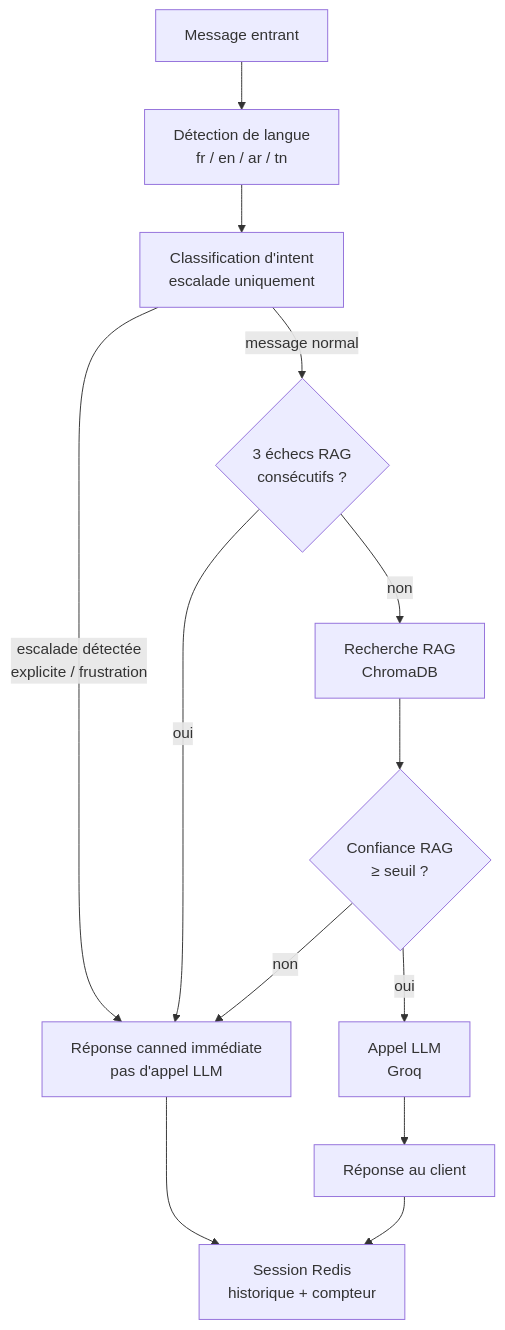
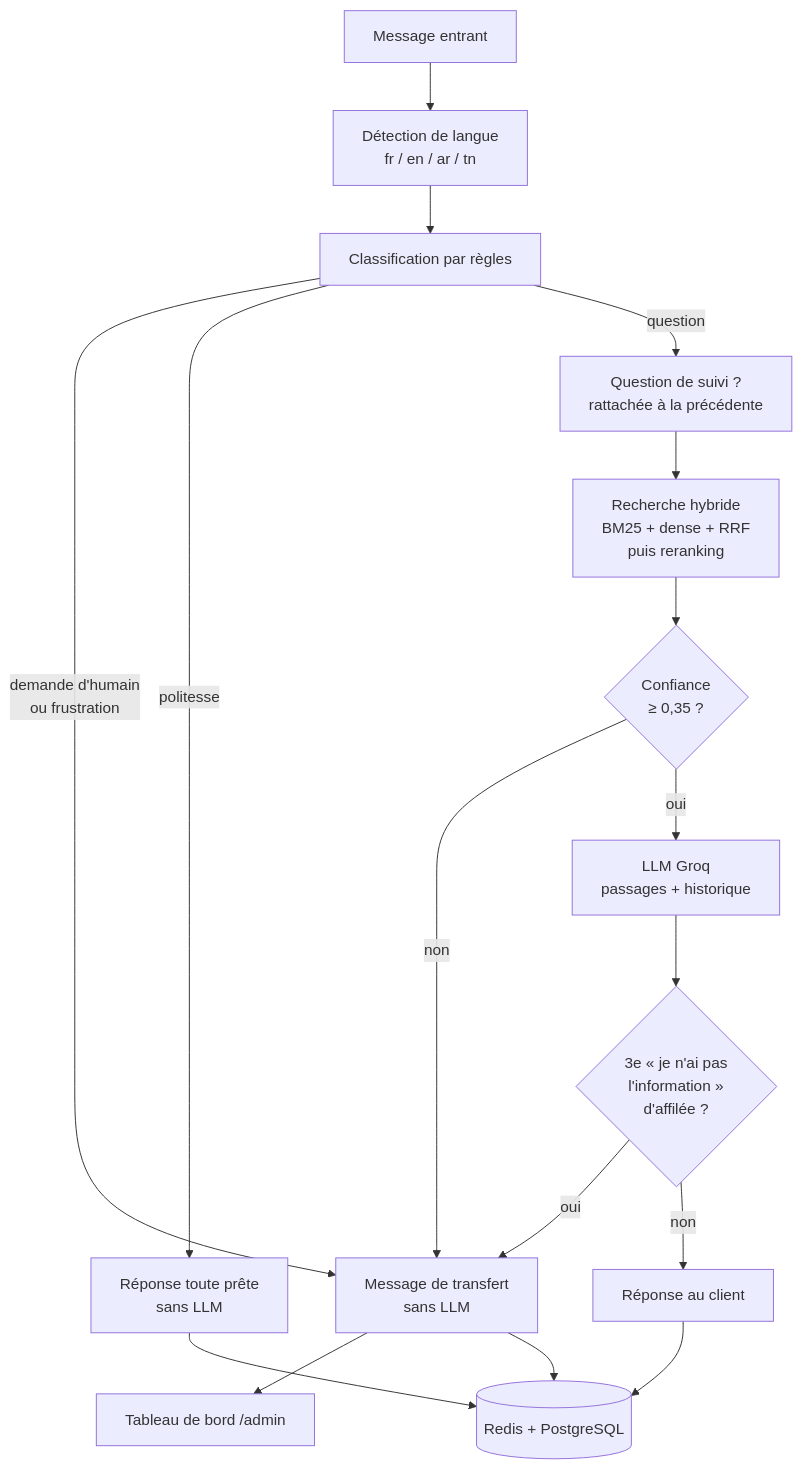
One commit to ramifourati922-ux/chatbot-ai changed the diagram in README.md. Above: the diagram before and after it, drawn with Mermaid. The commit also changed other lines of this file, not shown here.

````diff
--- a/README.md
+++ b/README.md
@@ -15,15 +109,19 @@
 ```mermaid
 flowchart TD
     A[Message entrant] --> B[Détection de langue<br/>fr / en / ar / tn]
-    B --> C[Classification d'intent<br/>escalade uniquement]
-    C -->|escalade détectée<br/>explicite / frustration| D[Réponse canned immédiate<br/>pas d'appel LLM]
-    C -->|message normal| L{3 échecs RAG<br/>consécutifs ?}
-    L -->|oui| D
-    L -->|non| E[Recherche RAG<br/>ChromaDB]
-    E --> M{Confiance RAG<br/>≥ seuil ?}
-    M -->|non| D
-    M -->|oui| F[Appel LLM<br/>Groq]
-    F --> H[Réponse au client]
-    D --> I[Session Redis<br/>historique + compteur]
-    H --> I
+    B --> C[Classification par règles]
+    C -->|demande d'humain<br/>ou frustration| T[Message de transfert<br/>sans LLM]
+    C -->|politesse| P[Réponse toute prête<br/>sans LLM]
+    C -->|question| S[Question de suivi ?<br/>rattachée à la précédente]
+    S --> R[Recherche hybride<br/>BM25 + dense + RRF<br/>puis reranking]
+    R --> K{Confiance<br/>≥ 0,35 ?}
+    K -->|non| T
+    K -->|oui| L[LLM Groq<br/>passages + historique]
+    L --> F{3e « je n'ai pas<br/>l'information »<br/>d'affilée ?}
+    F -->|oui| T
+    F -->|non| H[Réponse au client]
+    T --> D[Tableau de bord /admin]
+    H --> DB[(Redis + PostgreSQL)]
+    P --> DB
+    T --> DB
 ```
````
